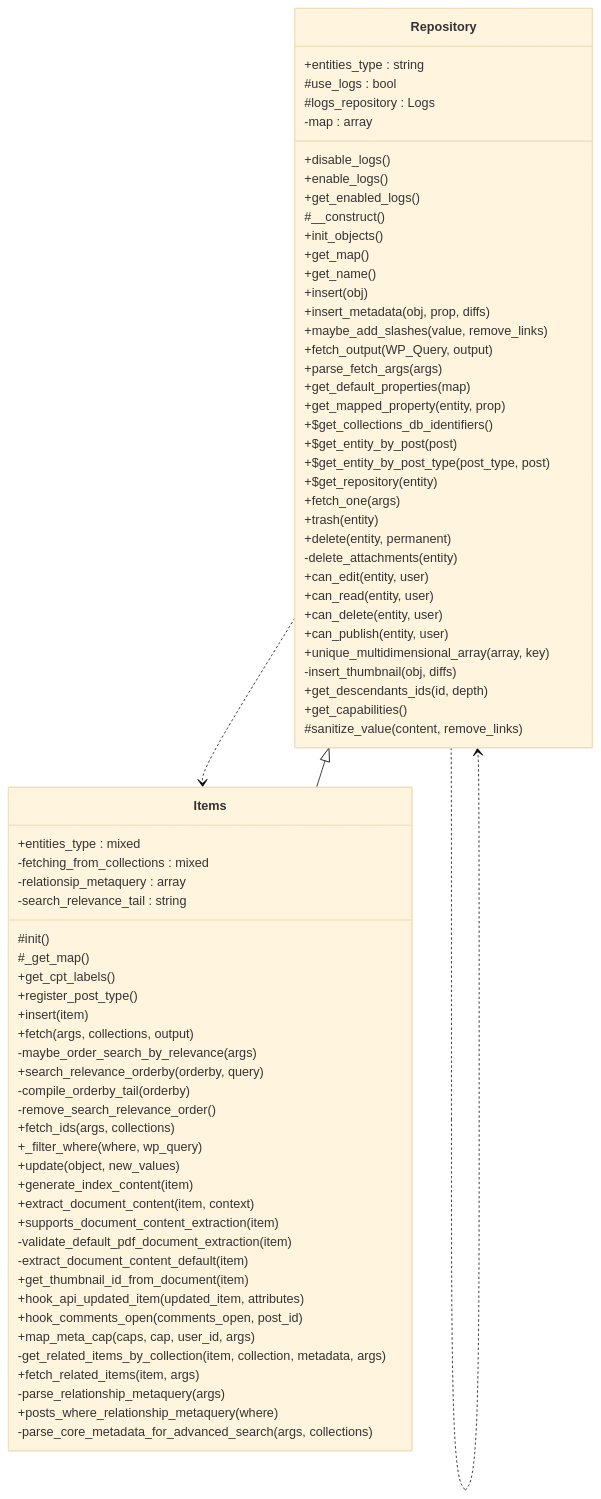
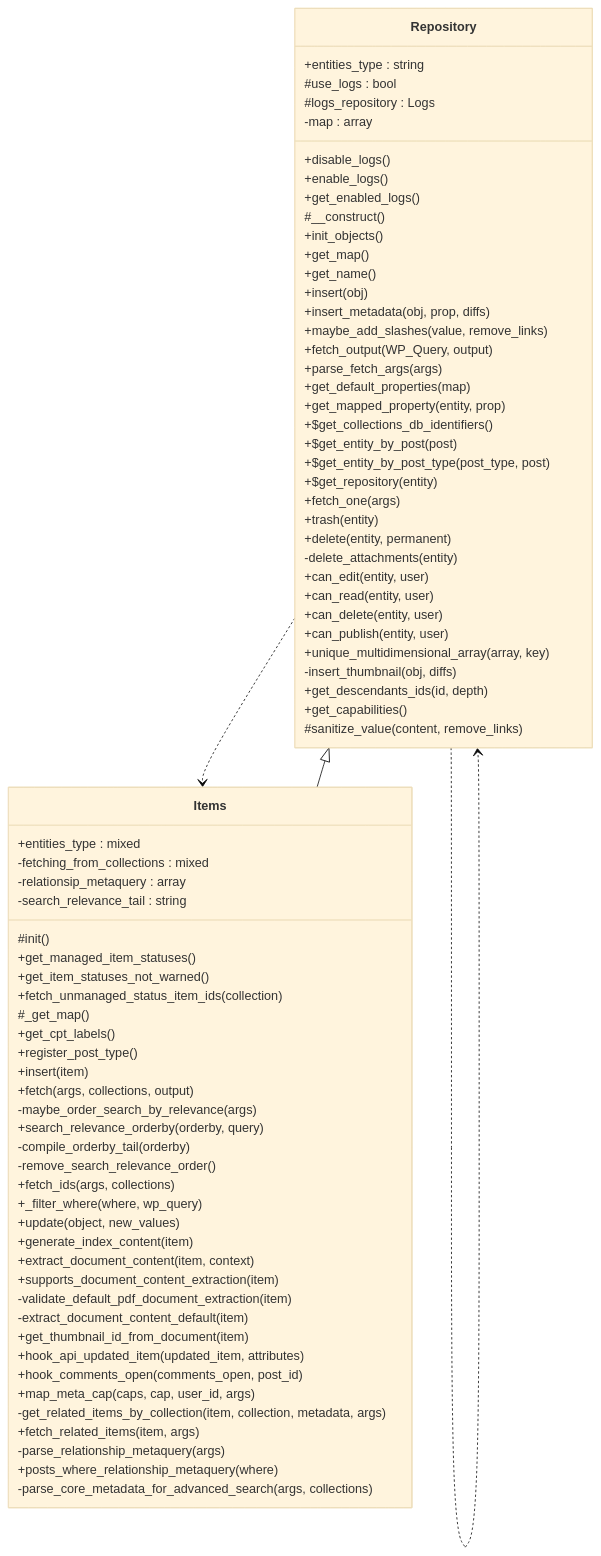
One commit to tainacan/tainacan changed the diagram in docs/phpdoc/classes/Tainacan/Repositories/Items.mmd. Above: the diagram before and after it, drawn with Mermaid (base theme). The commit also changed 11 other files, not shown here.

```diff
--- a/docs/phpdoc/classes/Tainacan/Repositories/Items.mmd
+++ b/docs/phpdoc/classes/Tainacan/Repositories/Items.mmd
@@ -1,75 +1,78 @@
 classDiagram
     direction TB
     class Repository {
         +entities_type : string
         #use_logs : bool
         #logs_repository : Logs
         -map : array
         +disable_logs()
         +enable_logs()
         +get_enabled_logs()
         #__construct()
         +init_objects()
         +get_map()
         +get_name()
         +insert(obj)
         +insert_metadata(obj, prop, diffs)
         +maybe_add_slashes(value, remove_links)
         +fetch_output(WP_Query, output)
         +parse_fetch_args(args)
         +get_default_properties(map)
         +get_mapped_property(entity, prop)
         +$get_collections_db_identifiers()
         +$get_entity_by_post(post)
         +$get_entity_by_post_type(post_type, post)
         +$get_repository(entity)
         +fetch_one(args)
         +trash(entity)
         +delete(entity, permanent)
         -delete_attachments(entity)
         +can_edit(entity, user)
         +can_read(entity, user)
         +can_delete(entity, user)
         +can_publish(entity, user)
         +unique_multidimensional_array(array, key)
         -insert_thumbnail(obj, diffs)
         +get_descendants_ids(id, depth)
         +get_capabilities()
         #sanitize_value(content, remove_links)
     }
     class Items {
         +entities_type : mixed
         -fetching_from_collections : mixed
         -relationsip_metaquery : array
         -search_relevance_tail : string
         #init()
+        +get_managed_item_statuses()
+        +get_item_statuses_not_warned()
+        +fetch_unmanaged_status_item_ids(collection)
         #_get_map()
         +get_cpt_labels()
         +register_post_type()
         +insert(item)
         +fetch(args, collections, output)
         -maybe_order_search_by_relevance(args)
         +search_relevance_orderby(orderby, query)
         -compile_orderby_tail(orderby)
         -remove_search_relevance_order()
         +fetch_ids(args, collections)
         +_filter_where(where, wp_query)
         +update(object, new_values)
         +generate_index_content(item)
         +extract_document_content(item, context)
         +supports_document_content_extraction(item)
         -validate_default_pdf_document_extraction(item)
         -extract_document_content_default(item)
         +get_thumbnail_id_from_document(item)
         +hook_api_updated_item(updated_item, attributes)
         +hook_comments_open(comments_open, post_id)
         +map_meta_cap(caps, cap, user_id, args)
         -get_related_items_by_collection(item, collection, metadata, args)
         +fetch_related_items(item, args)
         -parse_relationship_metaquery(args)
         +posts_where_relationship_metaquery(where)
         -parse_core_metadata_for_advanced_search(args, collections)
     }
     Repository ..> Items
     Repository ..> Repository
     Repository <|-- Items
```
